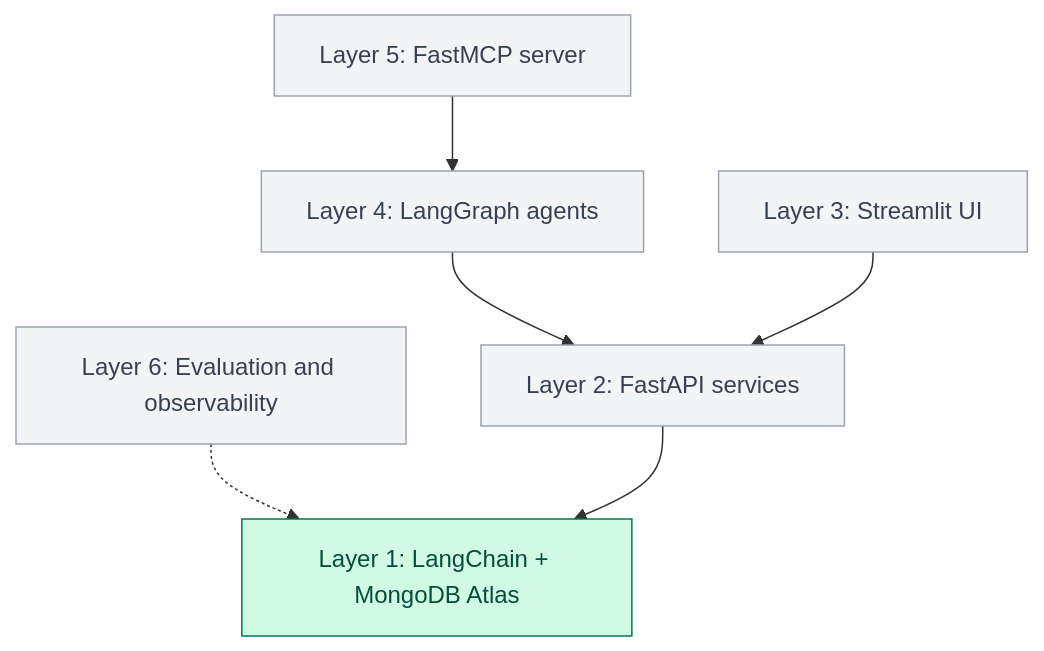
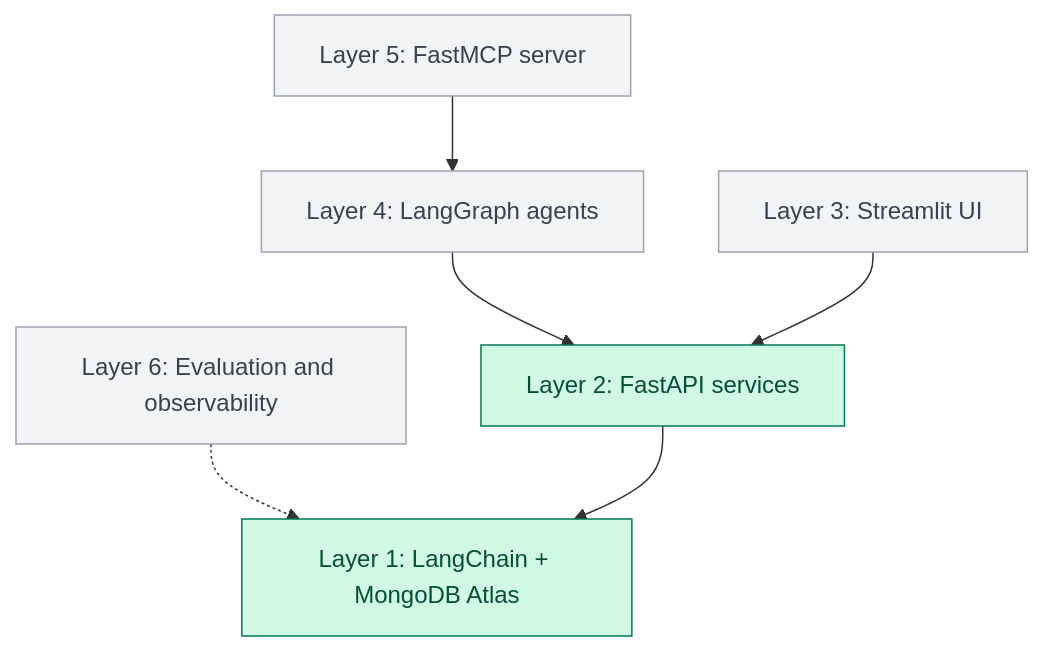
Before and after one commit to bharathk5678/NexaAssist: the second of 8 diagrams in README.md, drawn with Mermaid. The commit also changed other lines of this file and 15 other files, not shown here.

````diff
--- a/README.md
+++ b/README.md
@@ -69,14 +70,14 @@
 ```mermaid
 flowchart TB
     L6["Layer 6: Evaluation and observability"] -.-> L1
     L5["Layer 5: FastMCP server"] --> L4
     L4["Layer 4: LangGraph agents"] --> L2
     L3["Layer 3: Streamlit UI"] --> L2
     L2["Layer 2: FastAPI services"] --> L1
     L1["Layer 1: LangChain + MongoDB Atlas"]
 
     classDef built fill:#d1fae5,stroke:#047857,color:#064e3b
     classDef todo fill:#f3f4f6,stroke:#9ca3af,color:#374151
-    class L1 built
-    class L2,L3,L4,L5,L6 todo
+    class L1,L2 built
+    class L3,L4,L5,L6 todo
 ```
````
